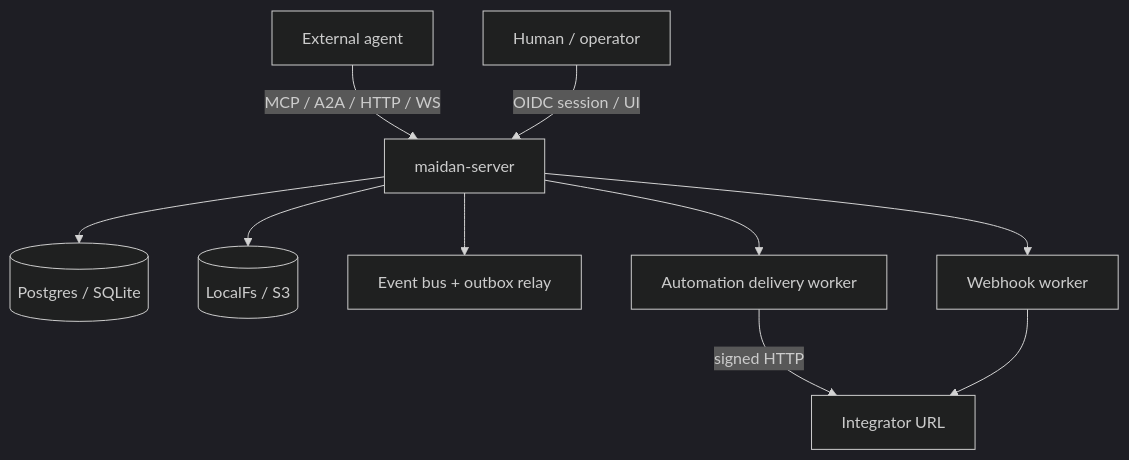
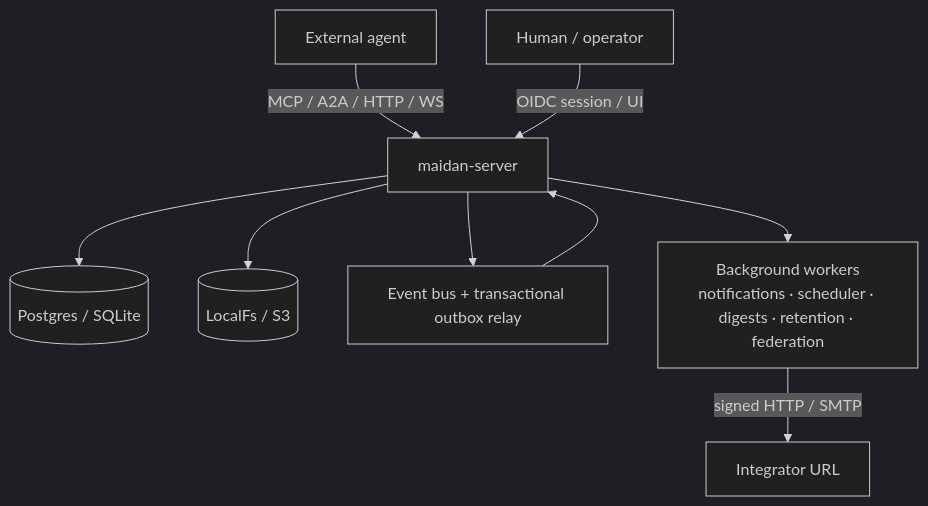
Before and after one commit to david-engelmann/maidan: the first of 2 diagrams in docs/Architecture.md, drawn with Mermaid (dark theme). The commit also changed other lines of this file and 7 other files, not shown here.

First line of the commit message:
docs(architecture): split into current conceptual + history, refresh currency (Cluster 292.0) (#547)

````diff
--- a/docs/Architecture.md
+++ b/docs/Architecture.md
@@ -38,21 +22,20 @@
 ```mermaid
 flowchart TB
     Agent[External agent]
     Human[Human / operator]
     Server[maidan-server]
     Store[(Postgres / SQLite)]
     Artifacts[(LocalFs / S3)]
-    Bus[Event bus + outbox relay]
-    Auto[Automation delivery worker]
-    Webhooks[Webhook worker]
+    Bus[Event bus + transactional outbox relay]
+    Workers[Background workers\nnotifications · scheduler · digests · retention · federation]
+    Ext[Integrator URL]
 
     Agent -->|MCP / A2A / HTTP / WS| Server
     Human -->|OIDC session / UI| Server
     Server --> Store
     Server --> Artifacts
     Server --> Bus
-    Server --> Auto
-    Server --> Webhooks
-    Auto -->|signed HTTP| Ext[Integrator URL]
-    Webhooks --> Ext
+    Server --> Workers
+    Bus --> Server
+    Workers -->|signed HTTP / SMTP| Ext
 ```
````
